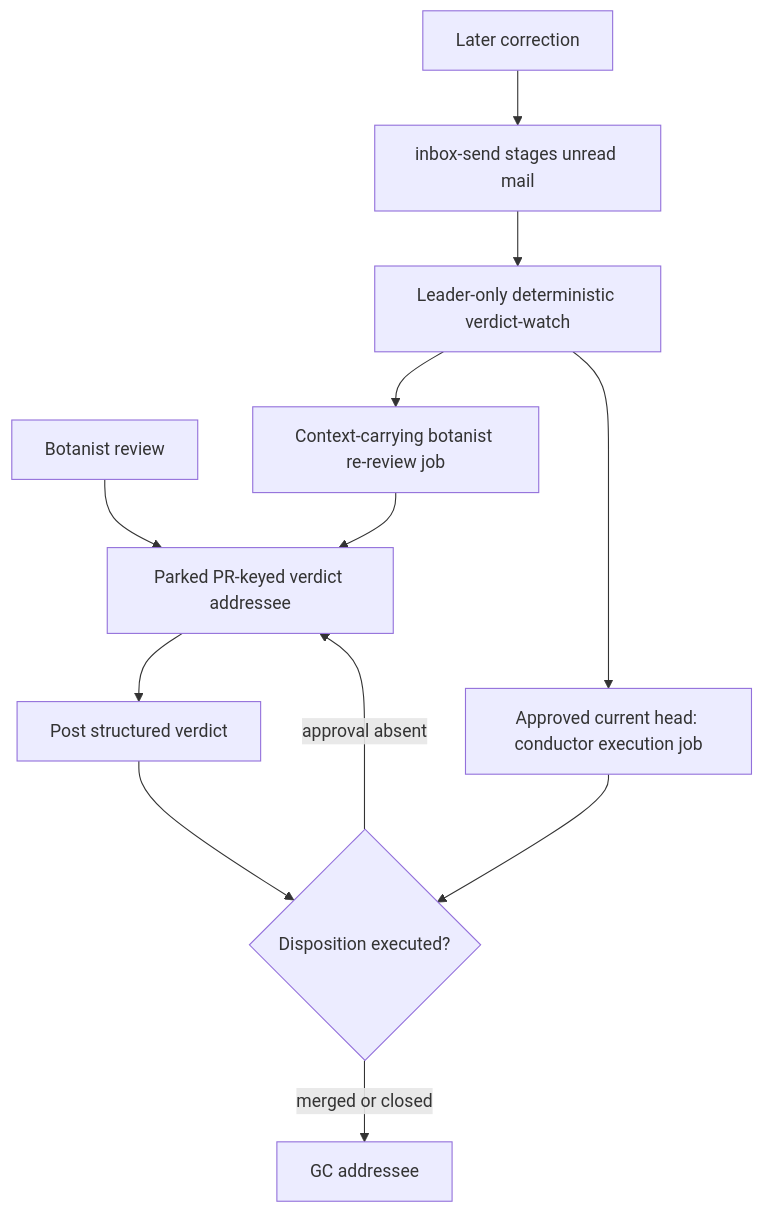
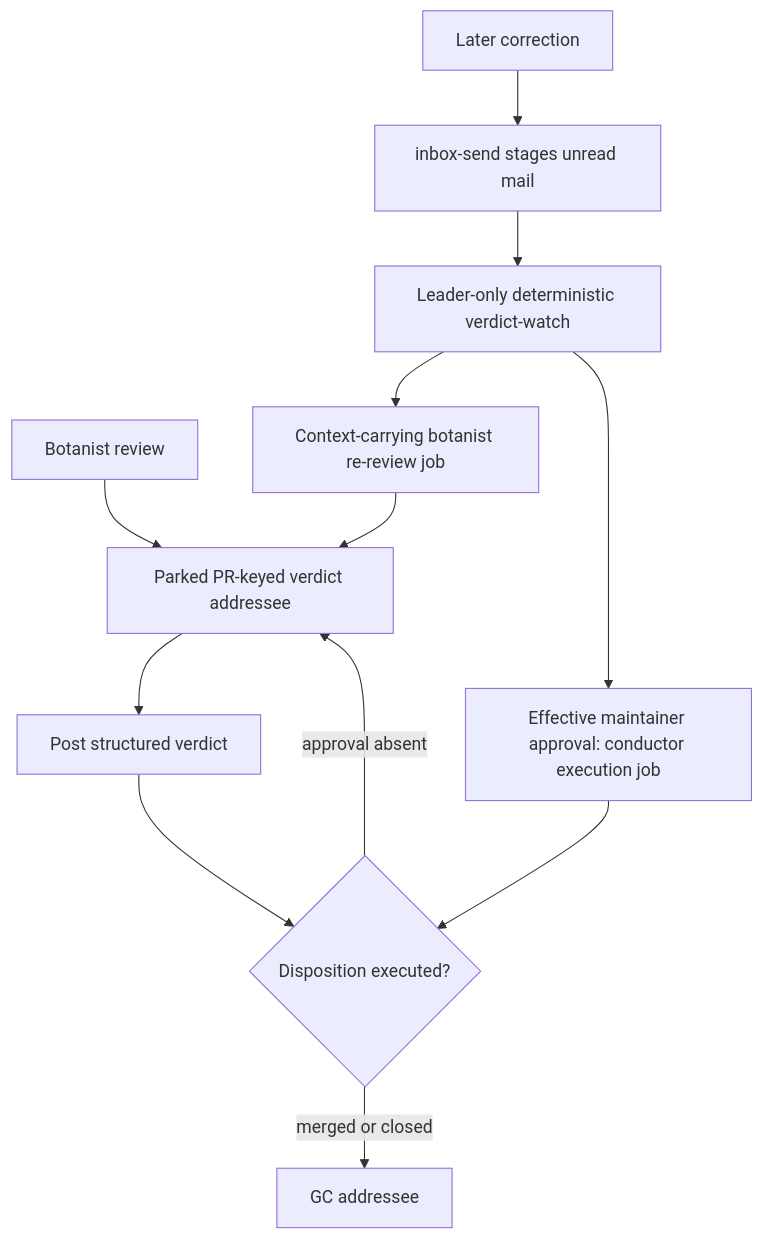
One commit to kriscendobot/garden changed the diagram in designs/post-verdict-addressee.md. Above: the diagram before and after it, drawn with Mermaid. The commit also changed other lines of this file and 11 other files, not shown here.

````diff
--- a/designs/post-verdict-addressee.md
+++ b/designs/post-verdict-addressee.md
@@ -55,14 +55,14 @@
 ```mermaid
 flowchart TD
   B[Botanist review] --> A[Parked PR-keyed verdict addressee]
   A --> P[Post structured verdict]
   P --> G{Disposition executed?}
   G -- merged or closed --> X[GC addressee]
   G -- approval absent --> A
   M[Later correction] --> I[inbox-send stages unread mail]
   I --> W[Leader-only deterministic verdict-watch]
   W --> R[Context-carrying botanist re-review job]
-  W --> C[Approved current head: conductor execution job]
+  W --> C[Effective maintainer approval: conductor execution job]
   R --> A
   C --> G
 ```
````
